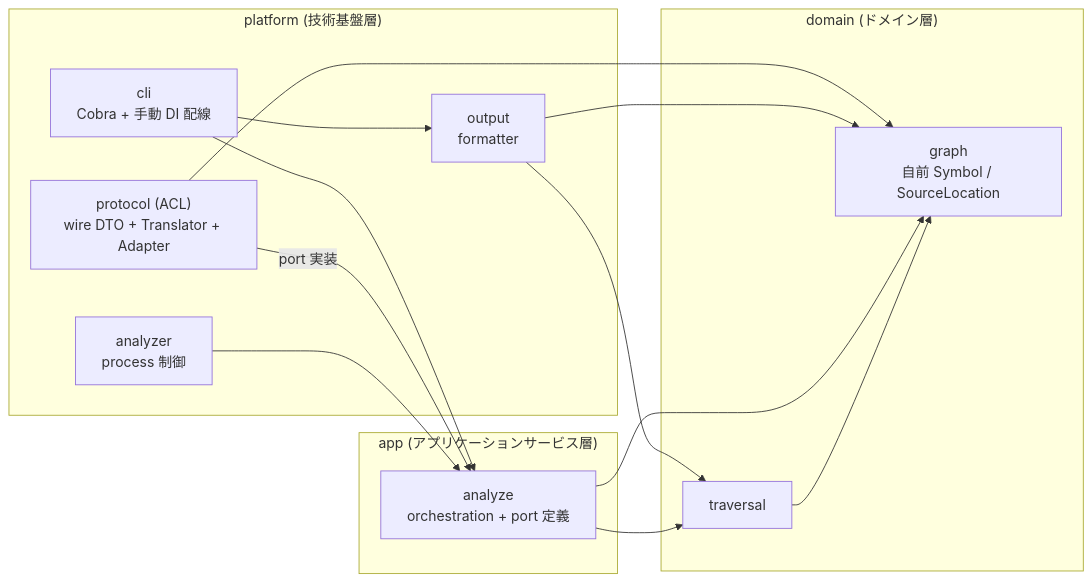
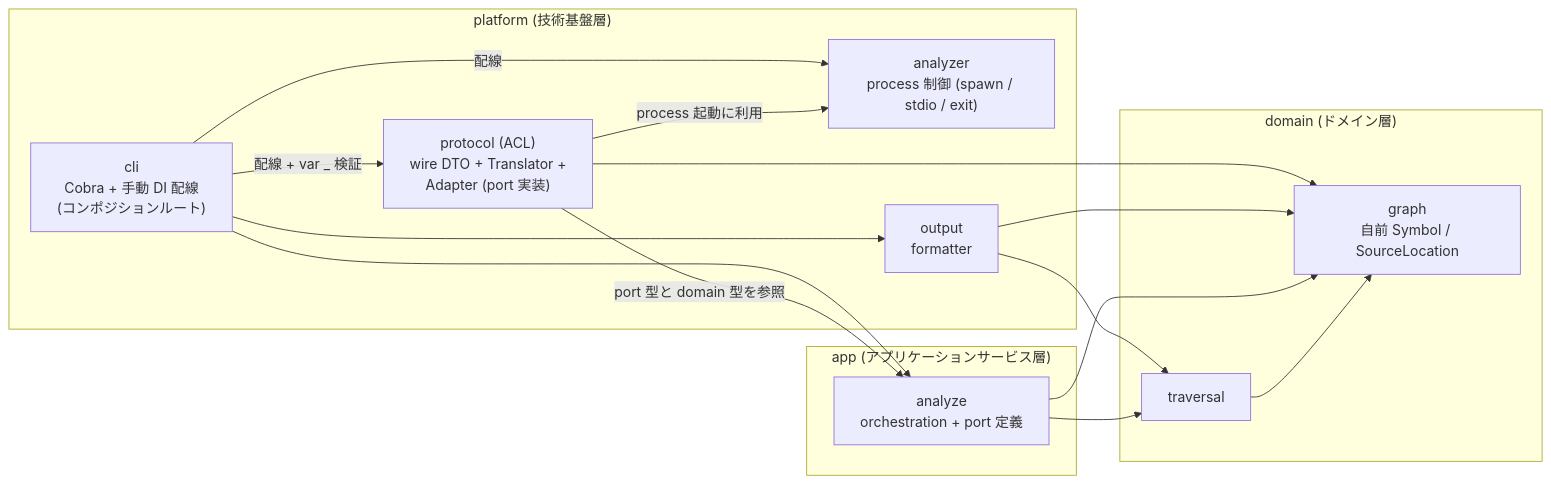
Before and after one commit to Fukuemon/depwalk: the first of 3 diagrams in specs/32-architecture-refactor/index.md, drawn with Mermaid. The commit also changed other lines of this file and 1 other file, not shown here.

Commit message:
docs(spec): #32 diagram レビュー指摘 4 件を反映し再レビュー PASS を記録 #32

````diff
--- a/specs/32-architecture-refactor/index.md
+++ b/specs/32-architecture-refactor/index.md
@@ -264,26 +264,28 @@
 ```mermaid
 flowchart LR
     subgraph platform["platform (技術基盤層)"]
-        cli["cli<br/>Cobra + 手動 DI 配線"]
-        protocol["protocol (ACL)<br/>wire DTO + Translator + Adapter"]
-        analyzer["analyzer<br/>process 制御"]
+        cli["cli<br/>Cobra + 手動 DI 配線<br/>(コンポジションルート)"]
+        protocol["protocol (ACL)<br/>wire DTO + Translator +<br/>Adapter (port 実装)"]
+        analyzer["analyzer<br/>process 制御 (spawn / stdio / exit)"]
         output["output<br/>formatter"]
     end
     subgraph app["app (アプリケーションサービス層)"]
         analyze["analyze<br/>orchestration + port 定義"]
     end
     subgraph domain["domain (ドメイン層)"]
         graph_["graph<br/>自前 Symbol / SourceLocation"]
         traversal["traversal"]
     end
+    cli -->|"配線 + var _ 検証"| protocol
+    cli -->|配線| analyzer
     cli --> analyze
     cli --> output
-    protocol -->|"port 実装"| analyze
+    protocol -->|"port 型と domain 型を参照"| analyze
+    protocol -->|"process 起動に利用"| analyzer
     protocol --> graph_
-    analyzer --> analyze
     output --> graph_
     output --> traversal
     analyze --> graph_
     analyze --> traversal
     traversal --> graph_
 ```
````
